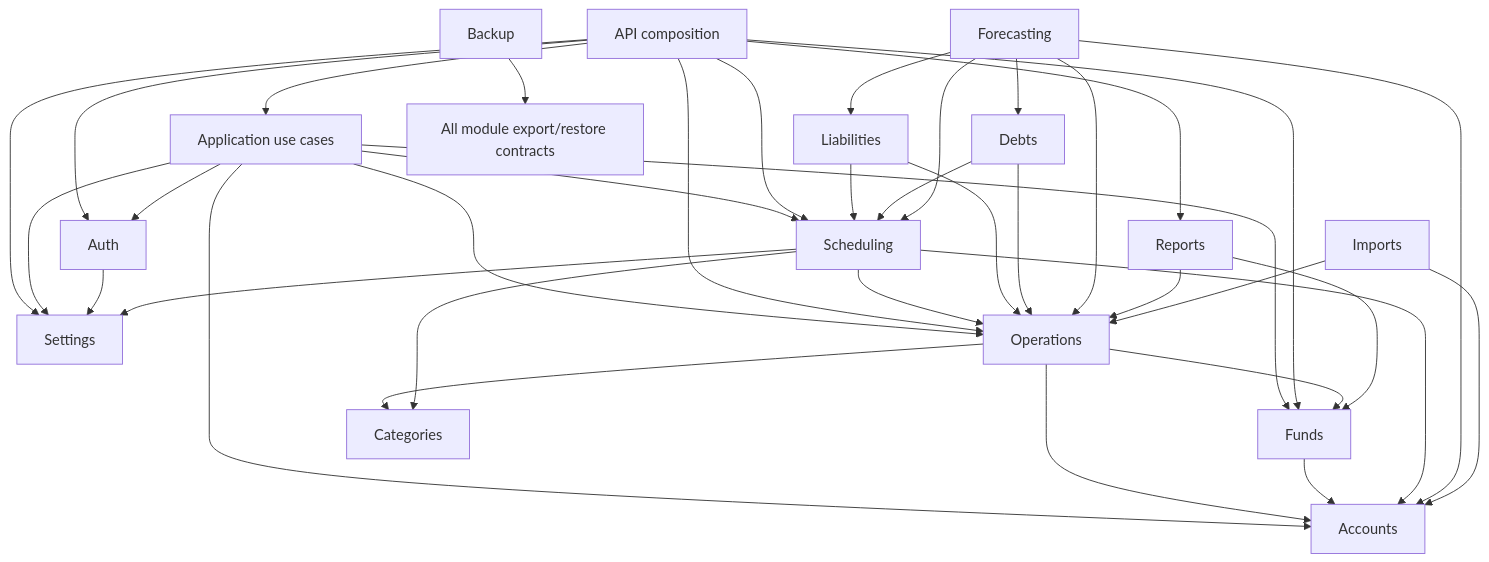
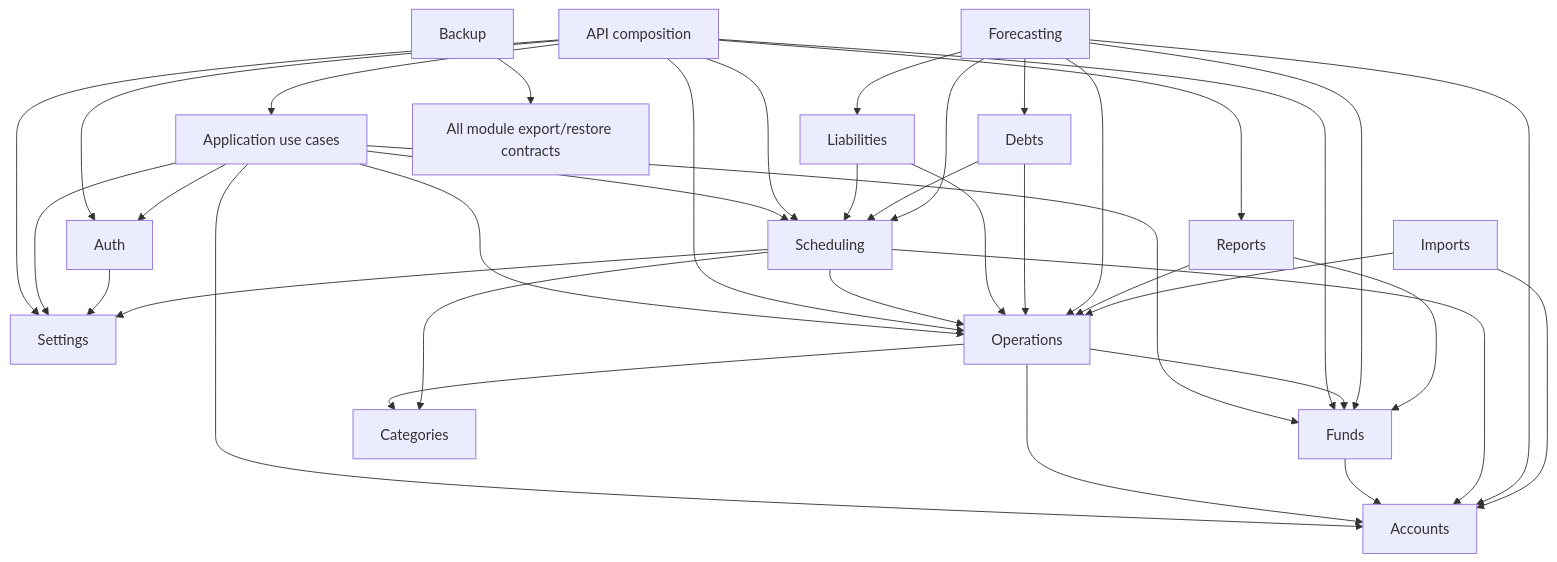
The diagram in docs/architecture/module-boundaries.md (Gollardo/hermes), drawn with Mermaid before and after one commit. The commit also changed other lines of this file and 74 other files, not shown here.

````diff
--- a/docs/architecture/module-boundaries.md
+++ b/docs/architecture/module-boundaries.md
@@ -31,39 +31,40 @@
 ```mermaid
 flowchart TB
     API["API composition"] --> Auth
     API --> Settings
     API --> Application["Application use cases"]
     Application --> Auth
     Application --> Settings
     Application --> Accounts
     Application --> Operations
     Application --> Funds
     Application --> Scheduling
     Auth --> Settings
     API --> Operations
     API --> Funds
     API --> Scheduling
     API --> Reports
     Operations --> Accounts
     Operations --> Categories
     Operations --> Funds
     Funds --> Accounts
     Scheduling --> Operations
     Scheduling --> Accounts
     Scheduling --> Categories
     Scheduling --> Settings
     Liabilities --> Scheduling
     Liabilities --> Operations
     Debts --> Scheduling
     Debts --> Operations
     Forecasting --> Accounts
     Forecasting --> Operations
+    Forecasting --> Funds
     Forecasting --> Scheduling
     Forecasting --> Liabilities
     Forecasting --> Debts
     Reports --> Operations
     Reports --> Funds
     Imports --> Operations
     Imports --> Accounts
     Backup --> Modules["All module export/restore contracts"]
 ```
````
